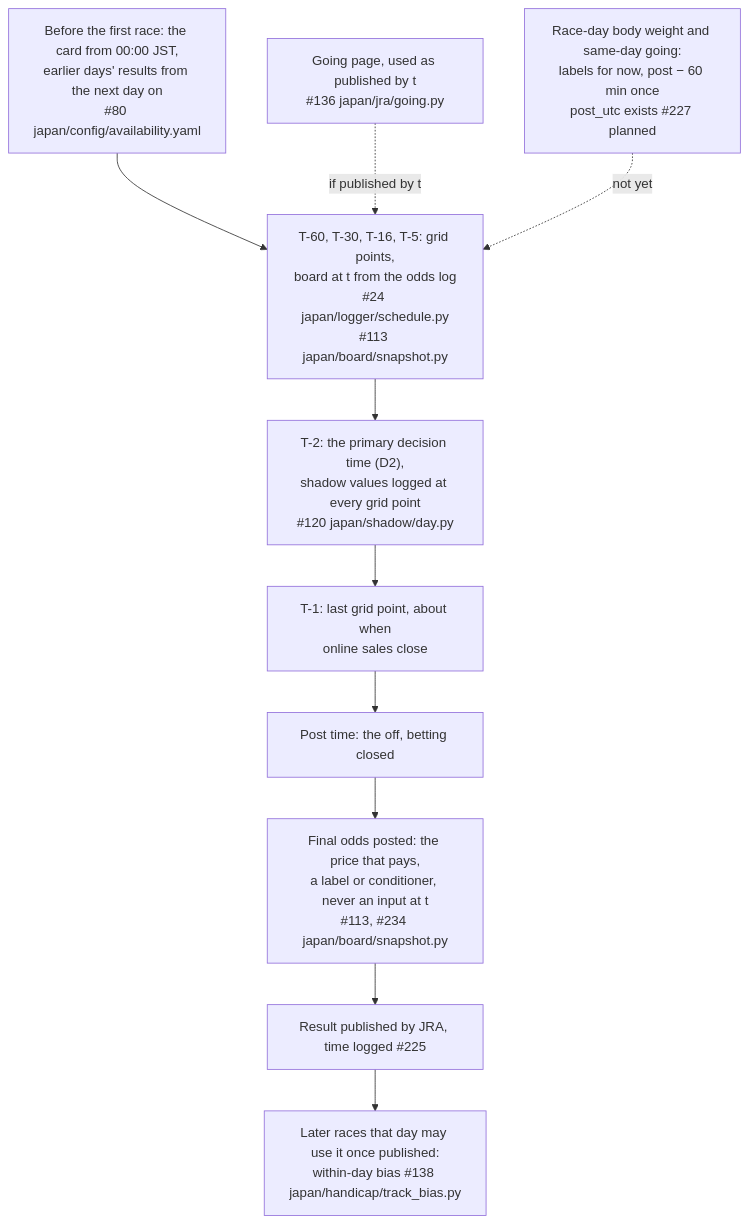
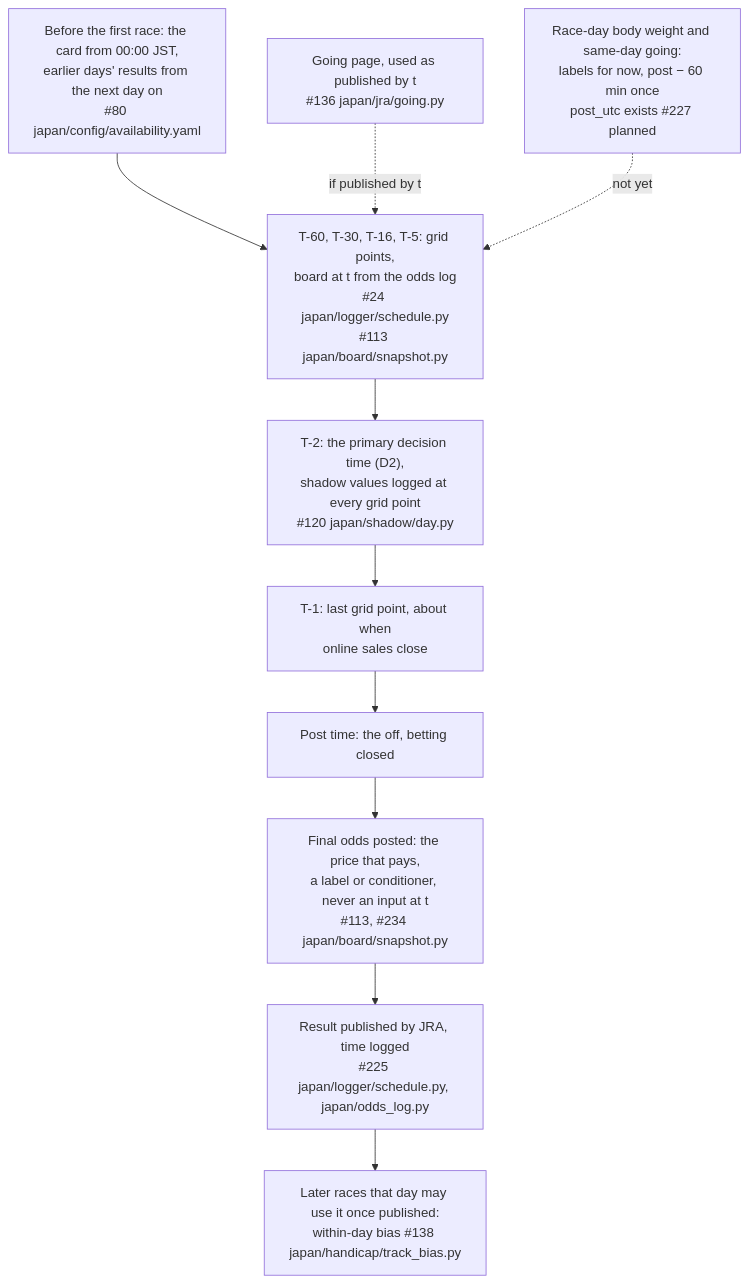
One commit to rjeskuri/HorseTrackBetting changed the sixth of 6 diagrams in docs/modeling.md. Above: the diagram before and after it, drawn with Mermaid. The commit also changed other lines of this file, not shown here.

First line of the commit message:
Fix the scoring and Family L paths in the modeling diagrams (#299)

````diff
--- a/docs/modeling.md
+++ b/docs/modeling.md
@@ -245,22 +252,22 @@
 ```mermaid
 flowchart TD
     EVE["Before the first race: the card from 00:00 JST,<br/>earlier days' results from the next day on<br/>#80 japan/config/availability.yaml"]
     GO["Going page, used as published by t<br/>#136 japan/jra/going.py"]
     WT["Race-day body weight and same-day going:<br/>labels for now, post − 60 min once<br/>post_utc exists #227 planned"]
     GRID["T-60, T-30, T-16, T-5: grid points,<br/>board at t from the odds log<br/>#24 japan/logger/schedule.py<br/>#113 japan/board/snapshot.py"]
     T2["T-2: the primary decision time (D2),<br/>shadow values logged at every grid point<br/>#120 japan/shadow/day.py"]
     T1["T-1: last grid point, about when<br/>online sales close"]
     POST["Post time: the off, betting closed"]
     FIN["Final odds posted: the price that pays,<br/>a label or conditioner, never an input at t<br/>#113, #234 japan/board/snapshot.py"]
-    RES["Result published by JRA, time logged #225"]
+    RES["Result published by JRA, time logged<br/>#225 japan/logger/schedule.py, japan/odds_log.py"]
     NEXT["Later races that day may use it once published:<br/>within-day bias #138 japan/handicap/track_bias.py"]
     EVE --> GRID
     GO -.->|"if published by t"| GRID
     WT -.->|"not yet"| GRID
     GRID --> T2
     T2 --> T1
     T1 --> POST
     POST --> FIN
     FIN --> RES
     RES --> NEXT
 ```
````
